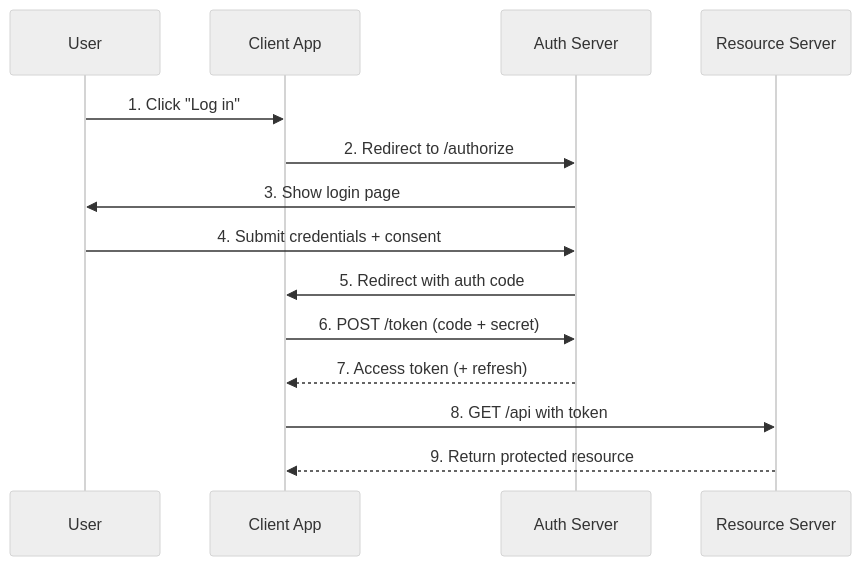
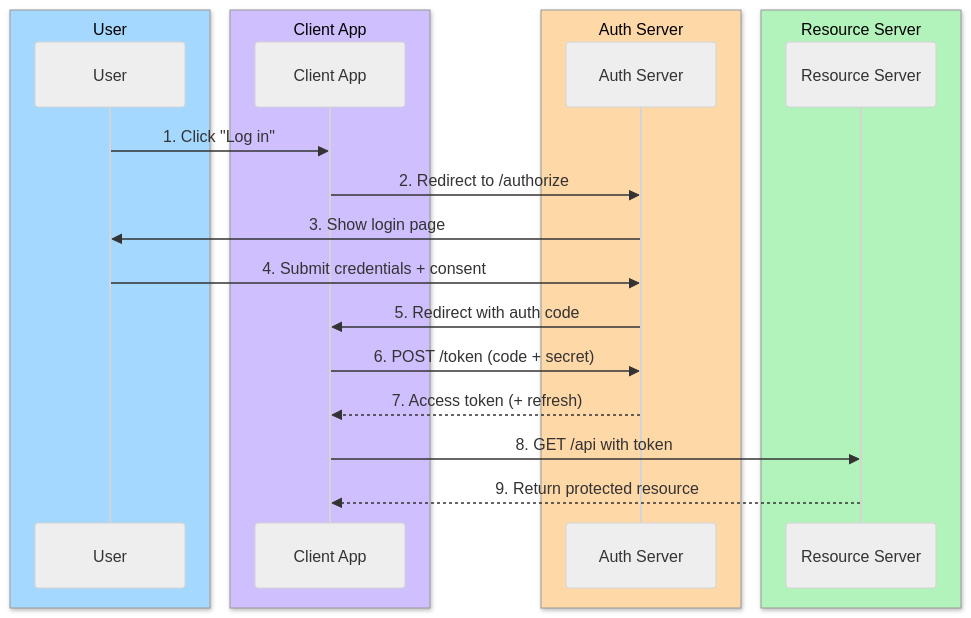
Before and after one commit to esciara/gascity: the third of 4 diagrams in docs/diagrams-comparison/index.mdx, drawn with Mermaid (neutral theme). The commit also changed other lines of this file and 12 other files, not shown here.

First line of the commit message:
docs(diagrams): port Excalidraw palette to Mermaid + D2; add Excalidraw setup guide

````diff
--- a/docs/diagrams-comparison/index.mdx
+++ b/docs/diagrams-comparison/index.mdx
@@ -87,16 +110,24 @@
 ```mermaid
 sequenceDiagram
-  participant U as User
-  participant C as Client App
-  participant A as Auth Server
-  participant R as Resource Server
+  box rgb(165, 216, 255) User
+    participant U as User
+  end
+  box rgb(208, 191, 255) Client App
+    participant C as Client App
+  end
+  box rgb(255, 216, 168) Auth Server
+    participant A as Auth Server
+  end
+  box rgb(178, 242, 187) Resource Server
+    participant R as Resource Server
+  end
   U->>C: 1. Click "Log in"
   C->>A: 2. Redirect to /authorize
   A->>U: 3. Show login page
   U->>A: 4. Submit credentials + consent
   A->>C: 5. Redirect with auth code
   C->>A: 6. POST /token (code + secret)
   A-->>C: 7. Access token (+ refresh)
   C->>R: 8. GET /api with token
   R-->>C: 9. Return protected resource
 ```
````
